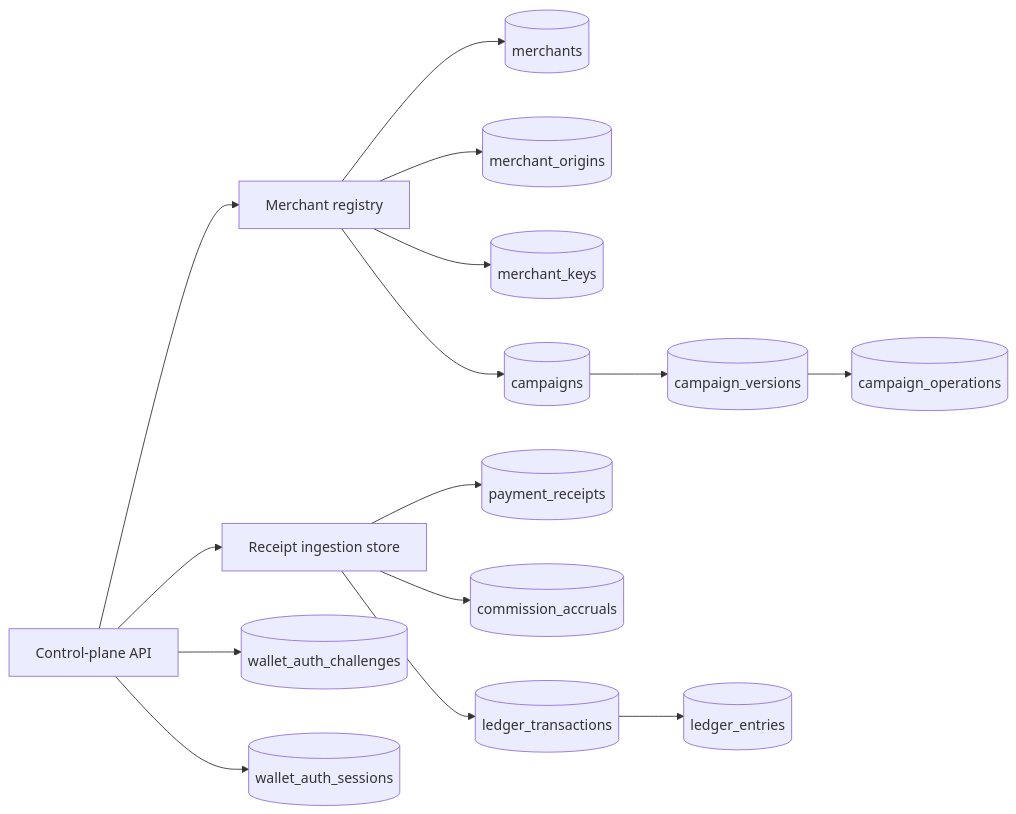
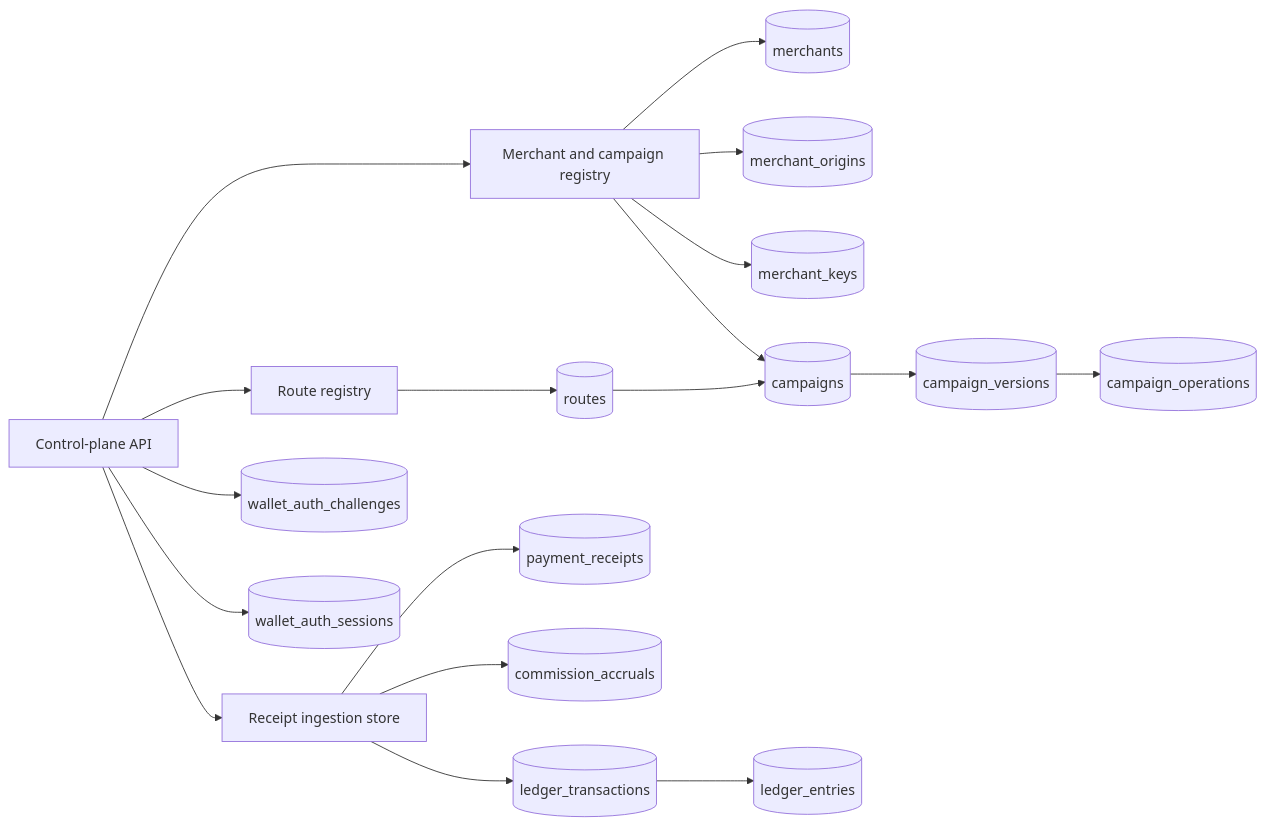
Before and after one commit to split402protocol/splitx402: the fifth of 5 diagrams in README.md, drawn with Mermaid. The commit also changed other lines of this file and 9 other files, not shown here.

Commit message:
Add PostgreSQL route registry

````diff
--- a/README.md
+++ b/README.md
@@ -183,33 +190,38 @@
 ```mermaid
 flowchart LR
   API["Control-plane API"]
-  Registry["Merchant registry"]
+  Registry["Merchant and campaign registry"]
+  RouteRegistry["Route registry"]
   Ingestion["Receipt ingestion store"]
   Merchants[("merchants")]
   Origins[("merchant_origins")]
   Keys[("merchant_keys")]
   CampaignRows[("campaigns")]
   CampaignVersions[("campaign_versions")]
   CampaignOps[("campaign_operations")]
+  Routes[("routes")]
   Challenges[("wallet_auth_challenges")]
   Sessions[("wallet_auth_sessions")]
   Receipts[("payment_receipts")]
   Accruals[("commission_accruals")]
   LedgerTx[("ledger_transactions")]
   LedgerEntries[("ledger_entries")]
 
   API --> Registry
+  API --> RouteRegistry
   API --> Ingestion
   Registry --> Merchants
   Registry --> Origins
   Registry --> Keys
   Registry --> CampaignRows
   CampaignRows --> CampaignVersions
   CampaignVersions --> CampaignOps
+  RouteRegistry --> Routes
+  Routes --> CampaignRows
   API --> Challenges
   API --> Sessions
   Ingestion --> Receipts
   Ingestion --> Accruals
   Ingestion --> LedgerTx
   LedgerTx --> LedgerEntries
 ```
````
